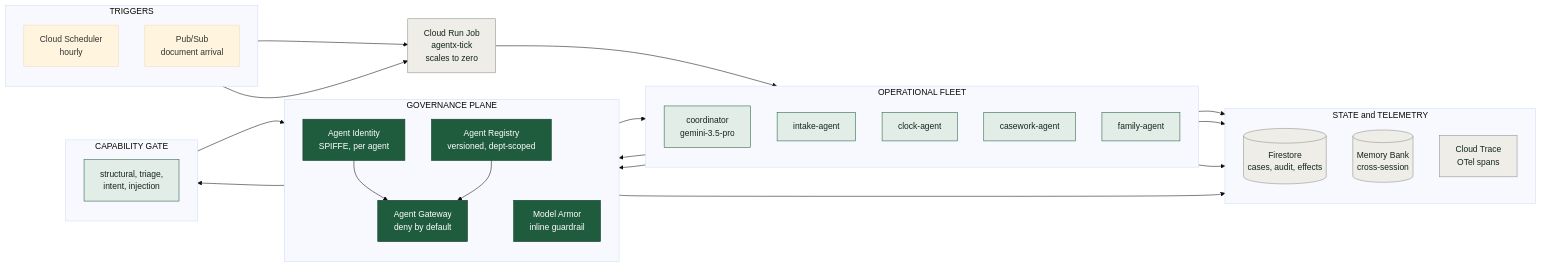
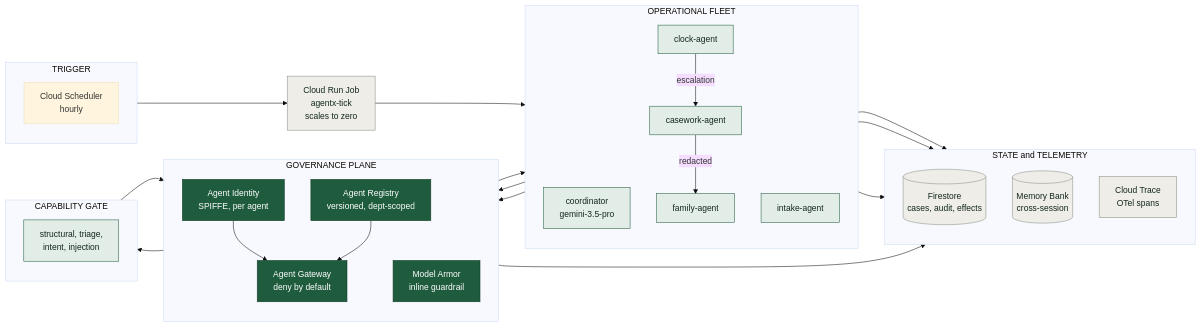
One commit to Aditya-galaxy/Hopscotch changed the diagram in docs/diagrams/01-system-overview.mmd. Above: the diagram before and after it, drawn with Mermaid (base theme). The commit also changed 12 other files, not shown here.

```diff
--- a/docs/diagrams/01-system-overview.mmd
+++ b/docs/diagrams/01-system-overview.mmd
@@ -1,59 +1,59 @@
 flowchart LR
-    subgraph TRIG["TRIGGERS"]
+    subgraph TRIG["TRIGGER"]
         direction TB
         SCH["Cloud Scheduler<br/>hourly"]
-        PS["Pub/Sub<br/>document arrival"]
     end
 
     JOB["Cloud Run Job<br/>agentx-tick<br/>scales to zero"]
 
     subgraph GOV["GOVERNANCE PLANE"]
         direction TB
         GW["Agent Gateway<br/>deny by default"]
         ID["Agent Identity<br/>SPIFFE, per agent"]
         REG["Agent Registry<br/>versioned, dept-scoped"]
         MA["Model Armor<br/>inline guardrail"]
     end
 
     subgraph FLEET["OPERATIONAL FLEET"]
         direction TB
         CO["coordinator<br/>gemini-3.5-pro"]
         IN["intake-agent"]
         CL["clock-agent"]
         CW["casework-agent"]
         FA["family-agent"]
     end
 
     subgraph GATE["CAPABILITY GATE"]
         direction TB
         RV["structural, triage,<br/>intent, injection"]
     end
 
     subgraph STATE["STATE and TELEMETRY"]
         direction TB
         FS[("Firestore<br/>cases, audit, effects")]
         MB[("Memory Bank<br/>cross-session")]
         CT["Cloud Trace<br/>OTel spans"]
     end
 
     SCH --> JOB
-    PS --> JOB
     JOB --> CO
     CO --> GW
     ID --> GW
     REG --> GW
     GW --> FLEET
+    CL -->|escalation| CW
+    CW -->|redacted| FA
     IN --> MA
     MA --> RV
     RV --> REG
     FLEET --> FS
     FA --> MB
     CO --> CT
     GW --> FS
 
     classDef gov fill:#1F5C3D,stroke:#123a26,color:#ffffff
     classDef fleet fill:#E3EDE7,stroke:#1F5C3D,color:#12271c
     classDef store fill:#EEEDE7,stroke:#8a8f86,color:#12271c
     class GW,ID,REG,MA gov
     class CO,IN,CL,CW,FA,RV fleet
     class FS,MB,CT,JOB store
```
